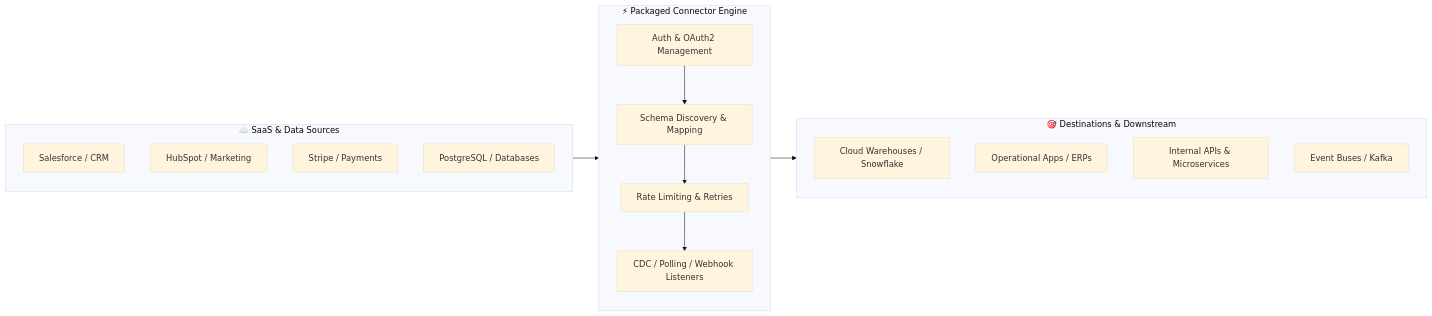
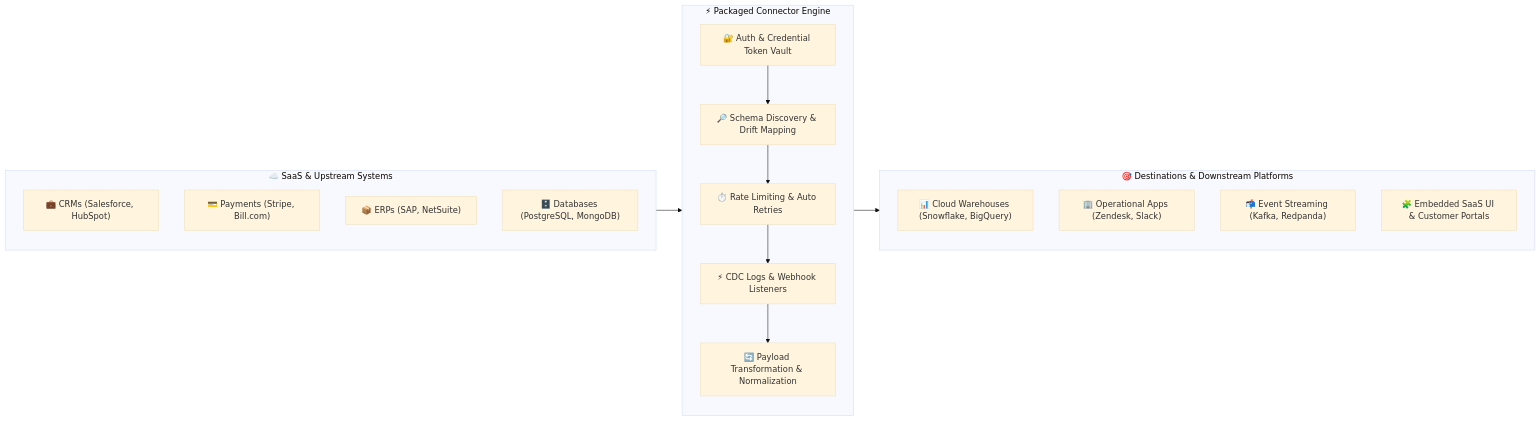
Before and after one commit to ishandutta2007/Awesome-Packaged-Integration-Connectors: the diagram in README.md, drawn with Mermaid (base theme). The commit also changed other lines of this file and 1 other file, not shown here.

````diff
--- a/README.md
+++ b/README.md
@@ -25,25 +62,26 @@
 ```mermaid
 flowchart LR
-    subgraph Sources["☁️ SaaS & Data Sources"]
-        S1[Salesforce / CRM]
-        S2[HubSpot / Marketing]
-        S3[Stripe / Payments]
-        S4[PostgreSQL / Databases]
+    subgraph Sources["☁️ SaaS & Upstream Systems"]
+        S1["💼 CRMs (Salesforce, HubSpot)"]
+        S2["💳 Payments (Stripe, Bill.com)"]
+        S3["📦 ERPs (SAP, NetSuite)"]
+        S4["🗄️ Databases (PostgreSQL, MongoDB)"]
     end
 
     subgraph ConnectorEngine["⚡ Packaged Connector Engine"]
-        A[Auth & OAuth2 Management] --> B[Schema Discovery & Mapping]
-        B --> C[Rate Limiting & Retries]
-        C --> D[CDC / Polling / Webhook Listeners]
+        A["🔐 Auth & Credential Token Vault"] --> B["🔎 Schema Discovery & Drift Mapping"]
+        B --> C["⏱️ Rate Limiting & Auto Retries"]
+        C --> D["⚡ CDC Logs & Webhook Listeners"]
+        D --> E["🔄 Payload Transformation & Normalization"]
     end
 
-    subgraph Destinations["🎯 Destinations & Downstream"]
-        D1[Cloud Warehouses / Snowflake]
-        D2[Operational Apps / ERPs]
-        D3[Internal APIs & Microservices]
-        D4[Event Buses / Kafka]
+    subgraph Destinations["🎯 Destinations & Downstream Platforms"]
+        D1["📊 Cloud Warehouses (Snowflake, BigQuery)"]
+        D2["🏢 Operational Apps (Zendesk, Slack)"]
+        D3["📬 Event Streaming (Kafka, Redpanda)"]
+        D4["🧩 Embedded SaaS UI & Customer Portals"]
     end
 
     Sources --> ConnectorEngine
     ConnectorEngine --> Destinations
 ```
````
